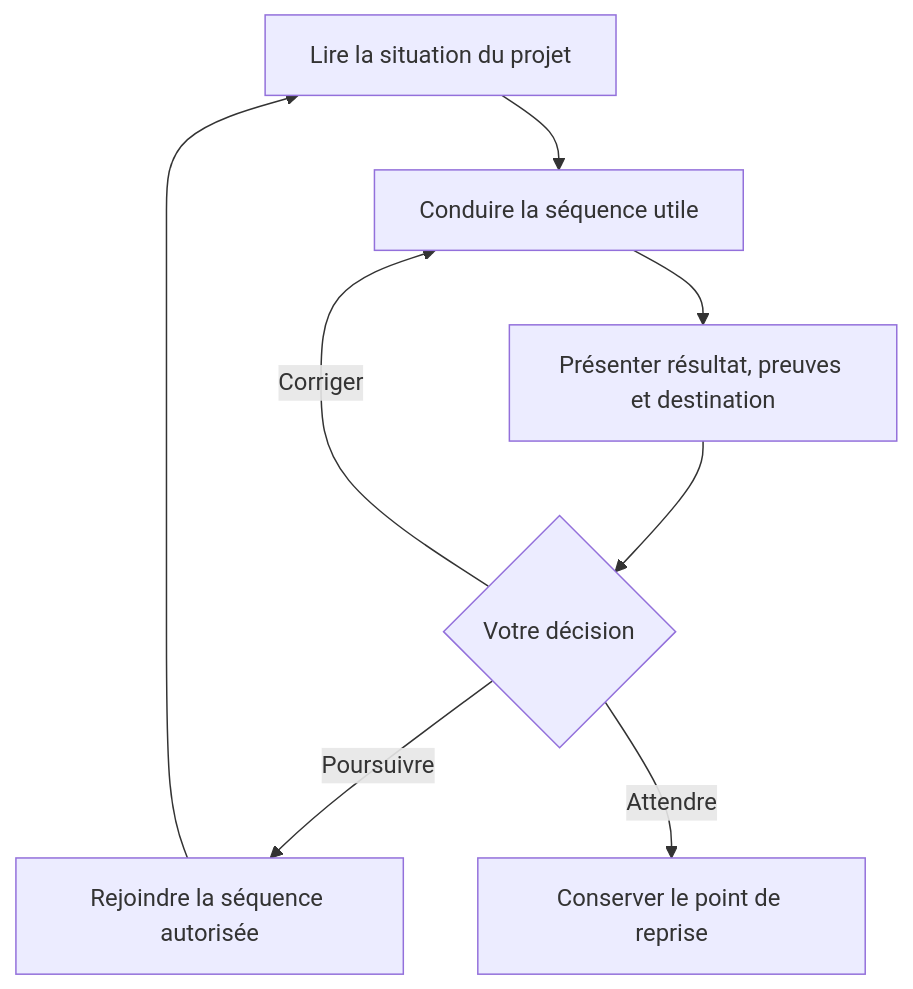
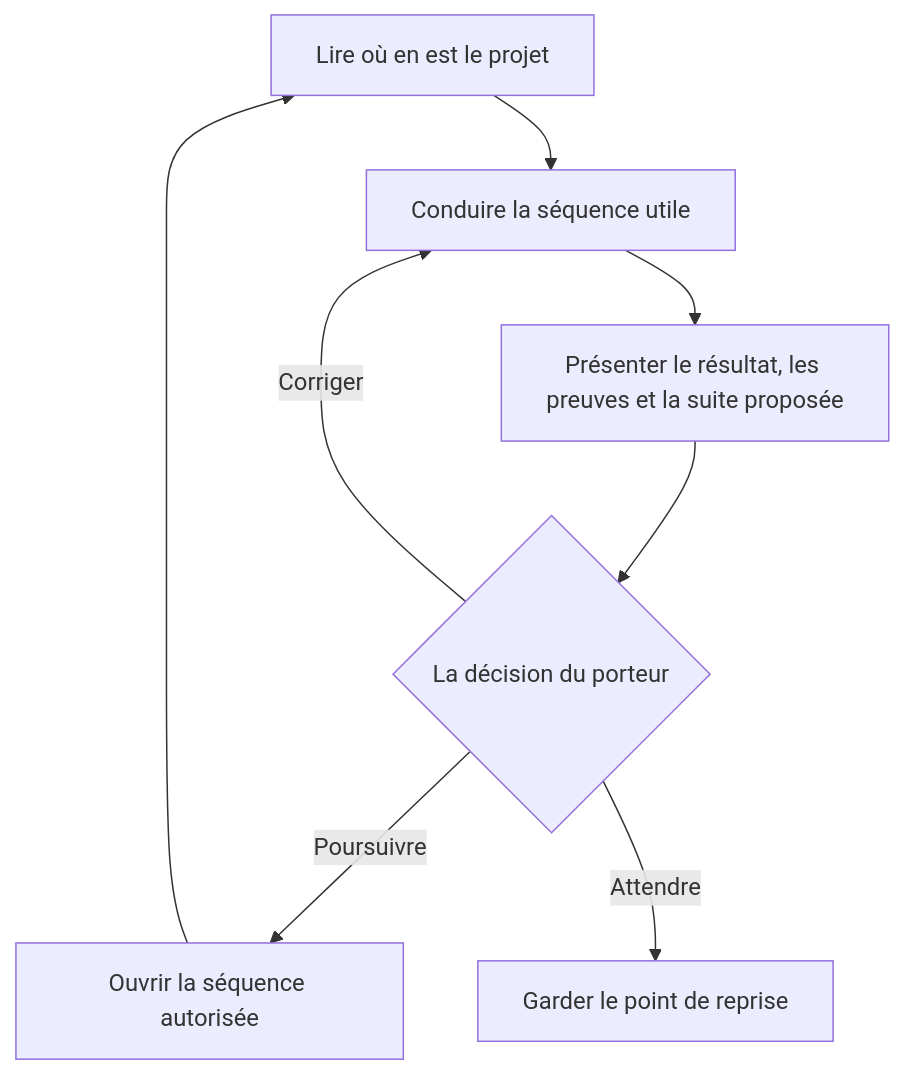
Before and after one commit to yanix2445/flow-aidd: the diagram in README.md, drawn with Mermaid. The commit also changed other lines of this file and 1 other file, not shown here.

````diff
--- a/README.md
+++ b/README.md
@@ -34,10 +44,10 @@
 ```mermaid
 flowchart TD
-    A["Lire la situation du projet"] --> B["Conduire la séquence utile"]
-    B --> C["Présenter résultat, preuves et destination"]
-    C --> D{"Votre décision"}
-    D -->|Poursuivre| E["Rejoindre la séquence autorisée"]
+    A["Lire où en est le projet"] --> B["Conduire la séquence utile"]
+    B --> C["Présenter le résultat, les preuves et la suite proposée"]
+    C --> D{"La décision du porteur"}
+    D -->|Poursuivre| E["Ouvrir la séquence autorisée"]
     D -->|Corriger| B
-    D -->|Attendre| F["Conserver le point de reprise"]
+    D -->|Attendre| F["Garder le point de reprise"]
     E --> A
 ```
````
